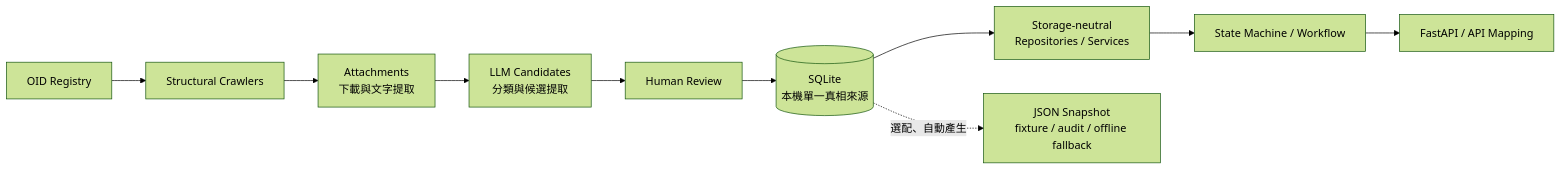
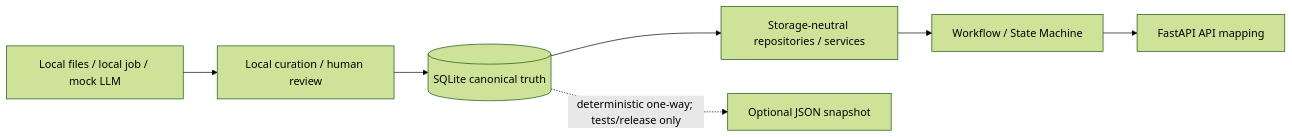
The diagram in docs/back_database_doc/sqlite-runtime-alignment-proposal.md (hongsheng27/benefits-navigation-agent), drawn with Mermaid (forest theme) before and after one commit. The commit also changed other lines of this file and 33 other files, not shown here.

````diff
--- a/docs/back_database_doc/sqlite-runtime-alignment-proposal.md
+++ b/docs/back_database_doc/sqlite-runtime-alignment-proposal.md
@@ -49,14 +40,9 @@
 ```mermaid
 flowchart LR
-    OID[OID Registry] --> CRAWL[Structural Crawlers]
-    CRAWL --> ATTACH[Attachments<br/>下載與文字提取]
-    ATTACH --> LLM[LLM Candidates<br/>分類與候選提取]
-    LLM --> REVIEW[Human Review]
-    REVIEW --> DB[(SQLite<br/>本機單一真相來源)]
-
-    DB --> REPOS[Storage-neutral<br/>Repositories / Services]
-    REPOS --> SM[State Machine / Workflow]
-    SM --> API[FastAPI / API Mapping]
-
-    DB -. 選配、自動產生 .-> JSON[JSON Snapshot<br/>fixture / audit / offline fallback]
+    CURATION[Local curation / human review] --> DB[(SQLite canonical truth)]
+    DB --> PORTS[Storage-neutral repositories / services]
+    PORTS --> WF[Workflow / State Machine]
+    WF --> API[FastAPI API mapping]
+    DB -. deterministic one-way; tests/release only .-> JSON[Optional JSON snapshot]
+    LOCAL[Local files / local job / mock LLM] --> CURATION
 ```
````
